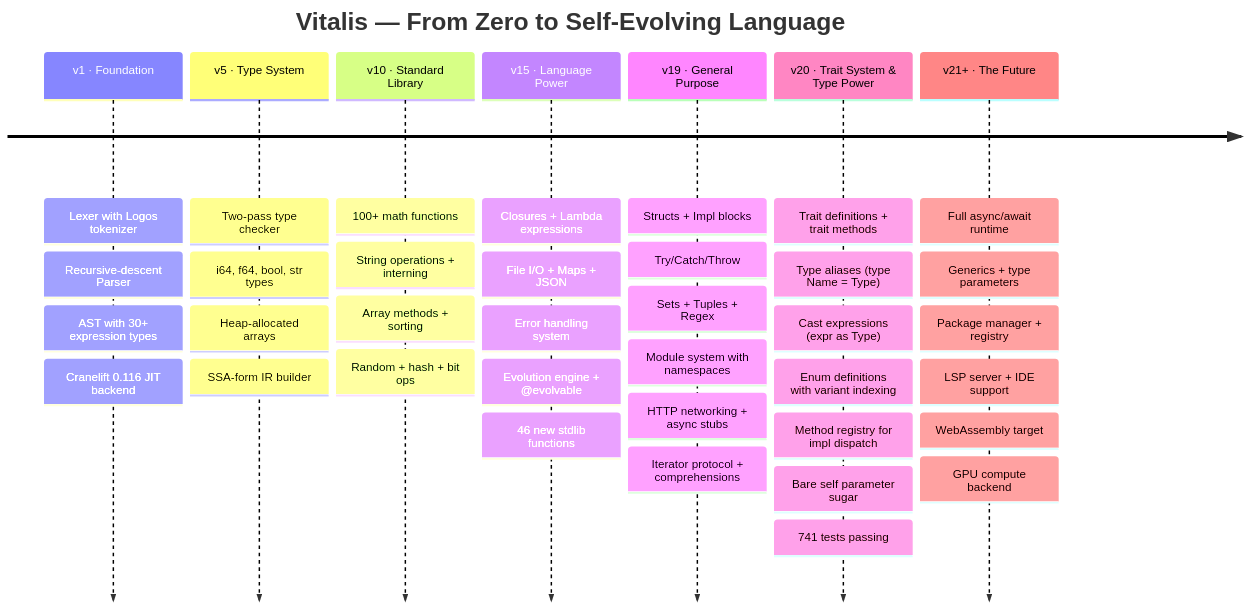
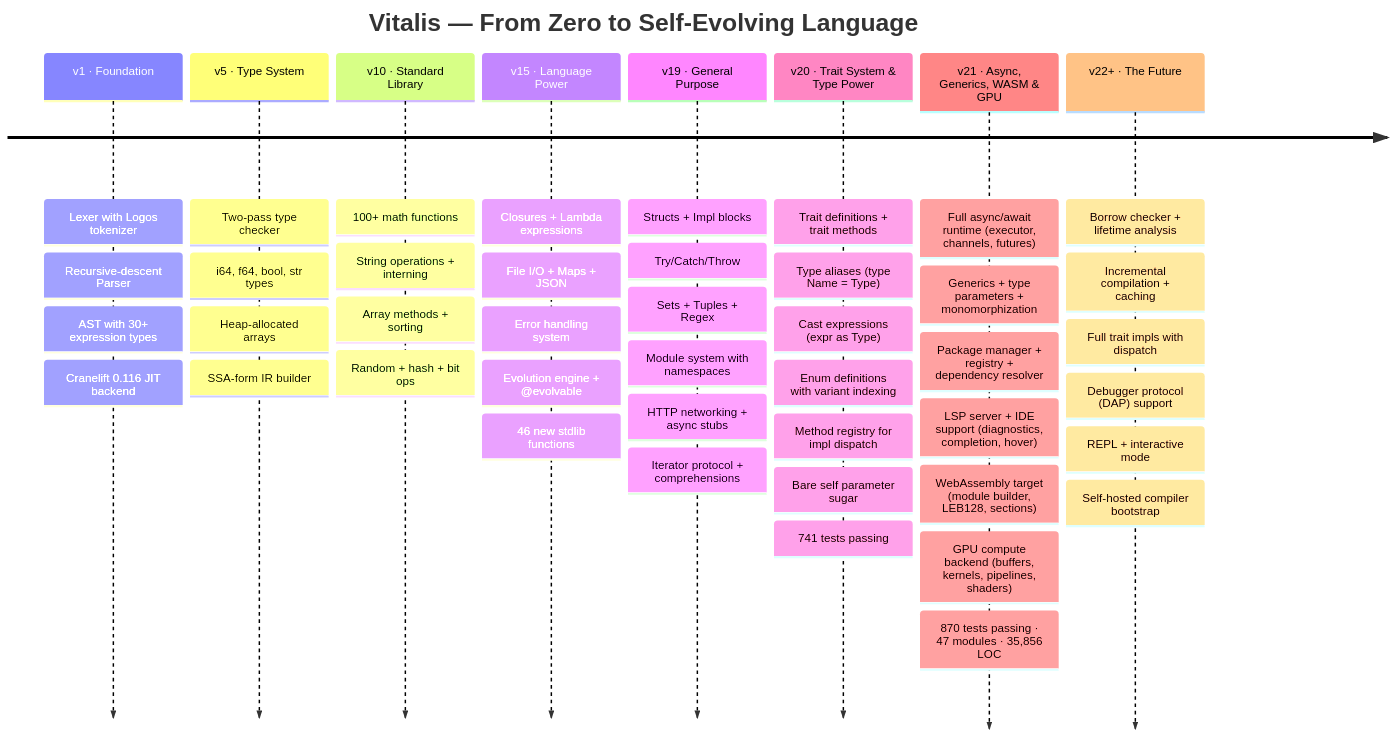
The seventh of 7 diagrams in README.md (ModernOps888/vitalis), drawn with Mermaid before and after one commit. The commit also changed other lines of this file and 9 other files, not shown here.

First line of the commit message:
v21.0.0: async/await runtime, generics, WASM target, LSP server, GPU compute, package manager

````diff
--- a/README.md
+++ b/README.md
@@ -915,54 +928,63 @@
 ```mermaid
 timeline
     title Vitalis — From Zero to Self-Evolving Language
 
     v1 · Foundation
         : Lexer with Logos tokenizer
         : Recursive-descent Parser
         : AST with 30+ expression types
         : Cranelift 0.116 JIT backend
 
     v5 · Type System
         : Two-pass type checker
         : i64, f64, bool, str types
         : Heap-allocated arrays
         : SSA-form IR builder
 
     v10 · Standard Library
         : 100+ math functions
         : String operations + interning
         : Array methods + sorting
         : Random + hash + bit ops
 
     v15 · Language Power
         : Closures + Lambda expressions
         : File I/O + Maps + JSON
         : Error handling system
         : Evolution engine + @evolvable
         : 46 new stdlib functions
 
     v19 · General Purpose
         : Structs + Impl blocks
         : Try/Catch/Throw
         : Sets + Tuples + Regex
         : Module system with namespaces
         : HTTP networking + async stubs
         : Iterator protocol + comprehensions
 
     v20 · Trait System & Type Power
         : Trait definitions + trait methods
         : Type aliases (type Name = Type)
         : Cast expressions (expr as Type)
         : Enum definitions with variant indexing
         : Method registry for impl dispatch
         : Bare self parameter sugar
         : 741 tests passing
 
-    v21+ · The Future
-        : Full async/await runtime
-        : Generics + type parameters
-        : Package manager + registry
-        : LSP server + IDE support
-        : WebAssembly target
-        : GPU compute backend
+    v21 · Async, Generics, WASM & GPU
+        : Full async/await runtime (executor, channels, futures)
+        : Generics + type parameters + monomorphization
+        : Package manager + registry + dependency resolver
+        : LSP server + IDE support (diagnostics, completion, hover)
+        : WebAssembly target (module builder, LEB128, sections)
+        : GPU compute backend (buffers, kernels, pipelines, shaders)
+        : 870 tests passing · 47 modules · 35,856 LOC
+
+    v22+ · The Future
+        : Borrow checker + lifetime analysis
+        : Incremental compilation + caching
+        : Full trait impls with dispatch
+        : Debugger protocol (DAP) support
+        : REPL + interactive mode
+        : Self-hosted compiler bootstrap
 ```
````
